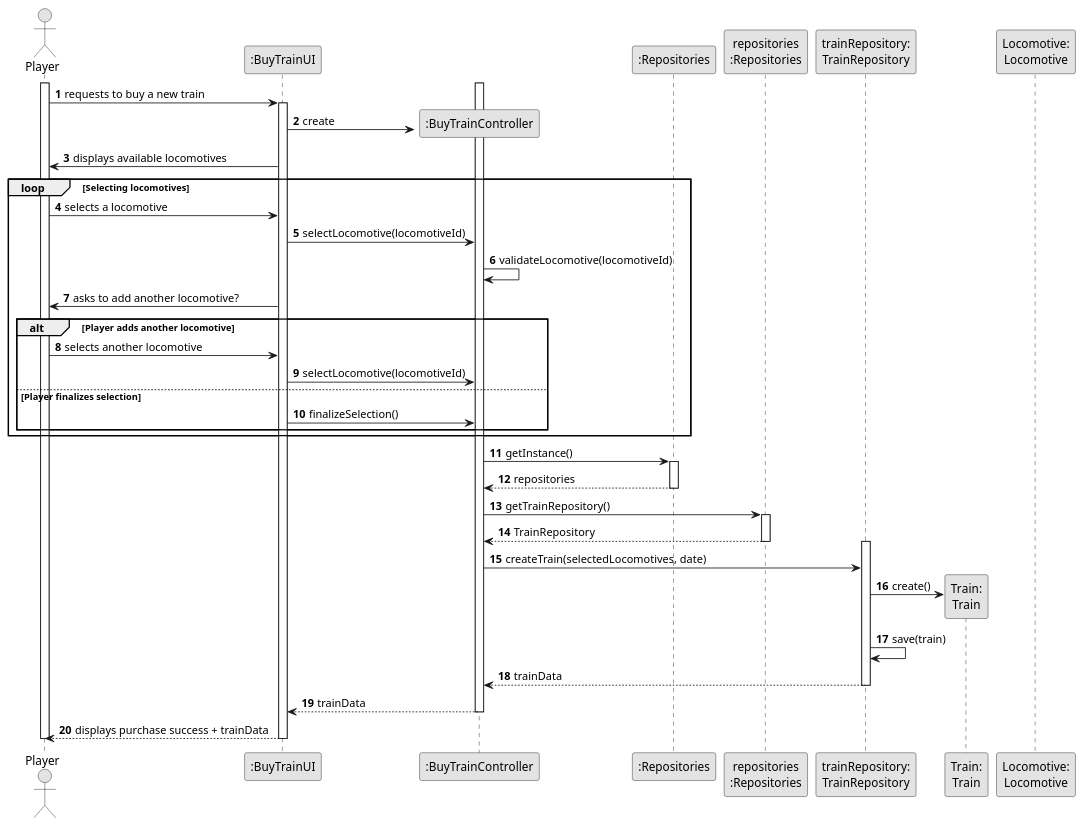
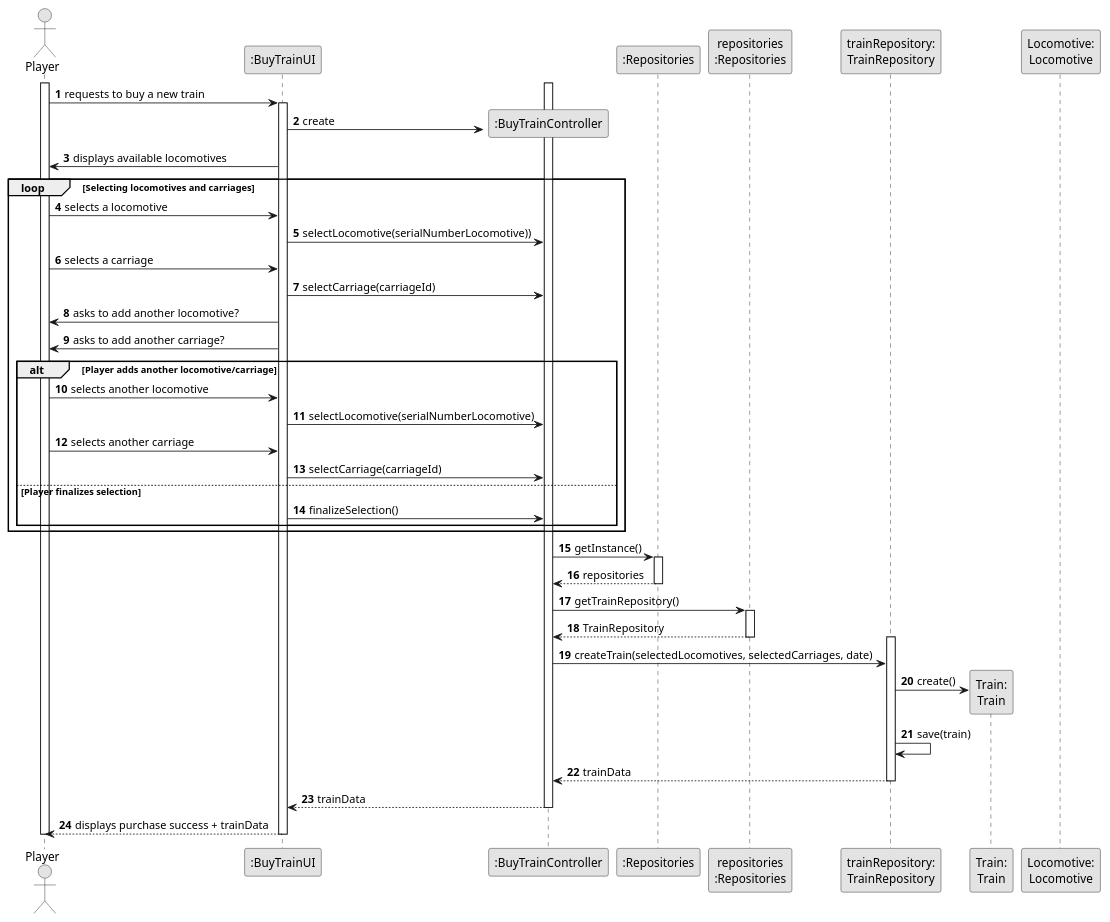
Before and after one commit to ivasduarte/all-aboard: the diagram in docs/sprint2/us009/03.design/puml/us009-sequence-diagram-full.puml, drawn with PlantUML. The commit also changed 4 other files, not shown here.

Commit message:
US009(docs): updates on the diagrams (added option to add carriage)

```diff
--- a/docs/sprint2/us009/03.design/puml/us009-sequence-diagram-full.puml
+++ b/docs/sprint2/us009/03.design/puml/us009-sequence-diagram-full.puml
@@ -1,72 +1,75 @@
 @startuml
 skinparam monochrome true
 skinparam packageStyle rectangle
 skinparam shadowing false
 
 autonumber
 
 actor "Player" as Player
 participant ":BuyTrainUI" as UI
 participant ":BuyTrainController" as CTRL
 participant ":Repositories" as RepositorySingleton
 participant "repositories\n:Repositories" as PLAT
 participant "trainRepository:\nTrainRepository" as TrainRepository
 participant "Train:\nTrain" as Train
 participant "Locomotive:\nLocomotive" as Locomotive
 
 activate Player
 
     Player -> UI : requests to buy a new train
     activate UI
 
         UI -> CTRL** : create
 
         UI -> Player : displays available locomotives
 
-        loop Selecting locomotives
+        loop Selecting locomotives and carriages
             Player -> UI : selects a locomotive
-            UI -> CTRL : selectLocomotive(locomotiveId)
-
-            CTRL -> CTRL : validateLocomotive(locomotiveId)
+            UI -> CTRL : selectLocomotive(serialNumberLocomotive))
+            Player -> UI : selects a carriage
+            UI -> CTRL : selectCarriage(carriageId)
 
             UI -> Player : asks to add another locomotive?
+            UI -> Player : asks to add another carriage?
 
-            alt Player adds another locomotive
+            alt Player adds another locomotive/carriage
                 Player -> UI : selects another locomotive
-                UI -> CTRL : selectLocomotive(locomotiveId)
+                UI -> CTRL : selectLocomotive(serialNumberLocomotive)
+                Player -> UI : selects another carriage
+                UI -> CTRL : selectCarriage(carriageId)
             else Player finalizes selection
                 UI -> CTRL : finalizeSelection()
             end
         end
 
         activate CTRL
 
             CTRL -> RepositorySingleton : getInstance()
             activate RepositorySingleton
                 RepositorySingleton --> CTRL : repositories
             deactivate RepositorySingleton
 
             CTRL -> PLAT : getTrainRepository()
             activate PLAT
                 PLAT --> CTRL : TrainRepository
             deactivate PLAT
 
             activate TrainRepository
 
-                CTRL -> TrainRepository : createTrain(selectedLocomotives, date)
+                CTRL -> TrainRepository : createTrain(selectedLocomotives, selectedCarriages, date)
 
                 TrainRepository -> Train** : create()
 
                 TrainRepository -> TrainRepository : save(train)
 
                 TrainRepository --> CTRL : trainData
             deactivate TrainRepository
 
         CTRL --> UI : trainData
         deactivate CTRL
 
     UI --> Player : displays purchase success + trainData
     deactivate UI
 
 deactivate Player
 @enduml
```
